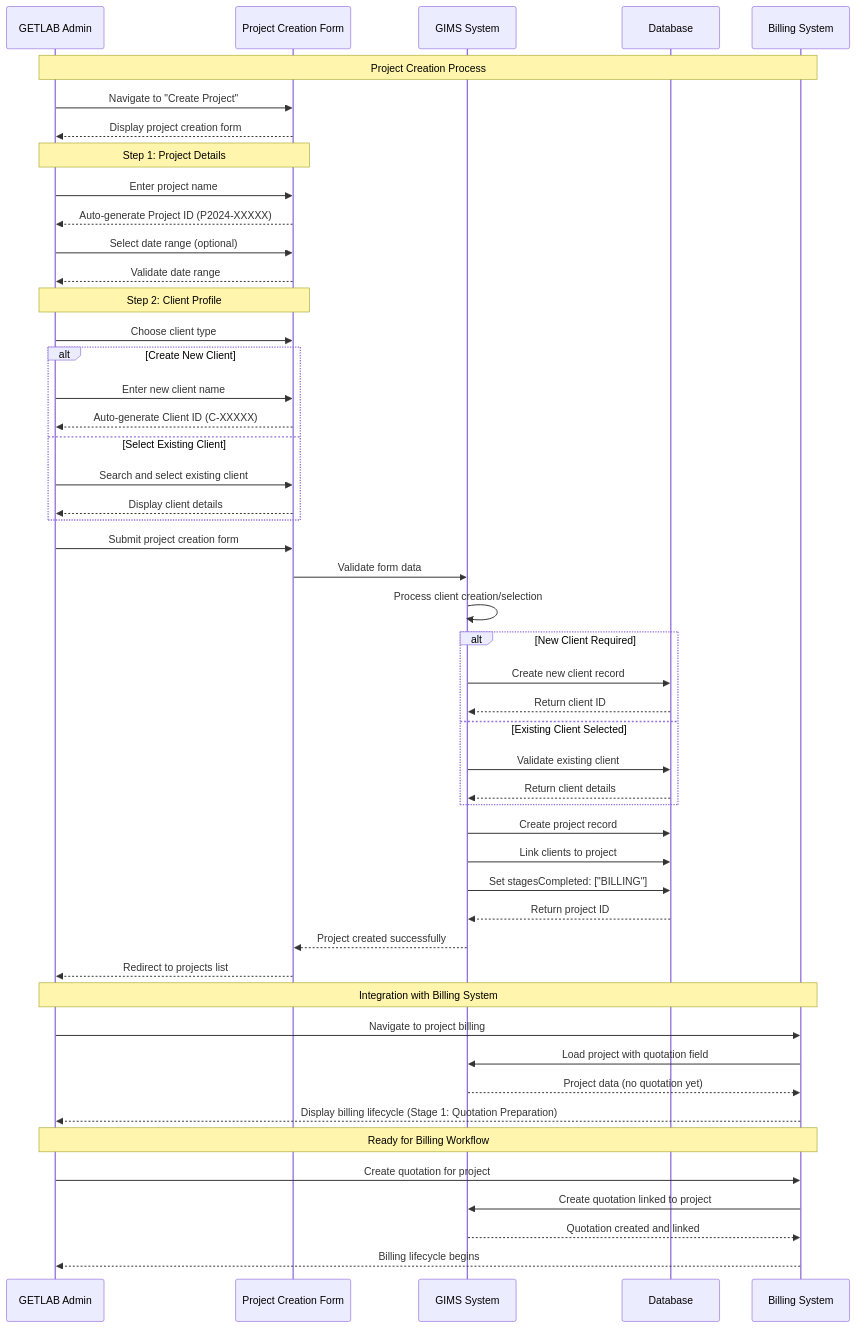
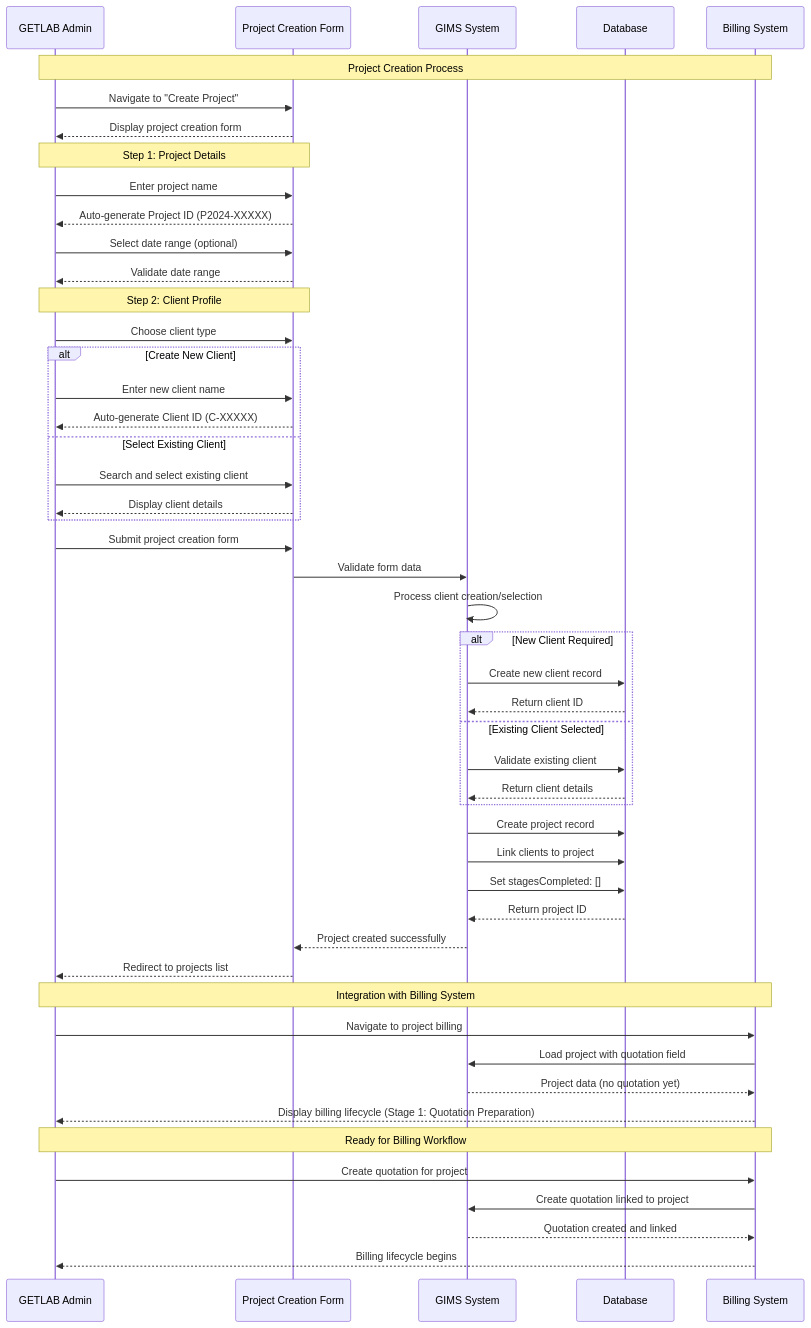
Before and after one commit to teenkevo/gims: the diagram in PROJECT_CREATION_DIAGRAM.md, drawn with Mermaid. The commit also changed other lines of this file and 2 other files, not shown here.

Commit message:
refactor: update stagesCompleted initialization to an empty array in project creation documentation and flowcharts for consistency

````diff
--- a/PROJECT_CREATION_DIAGRAM.md
+++ b/PROJECT_CREATION_DIAGRAM.md
@@ -11,61 +11,61 @@
 ```mermaid
 sequenceDiagram
     participant User as GETLAB Admin
     participant Form as Project Creation Form
     participant System as GIMS System
     participant DB as Database
     participant Billing as Billing System
 
     Note over User,Billing: Project Creation Process
 
     User->>Form: Navigate to "Create Project"
     Form-->>User: Display project creation form
 
     Note over User,Form: Step 1: Project Details
     User->>Form: Enter project name
     Form-->>User: Auto-generate Project ID (P2024-XXXXX)
     User->>Form: Select date range (optional)
     Form-->>User: Validate date range
 
     Note over User,Form: Step 2: Client Profile
     User->>Form: Choose client type
     alt Create New Client
         User->>Form: Enter new client name
         Form-->>User: Auto-generate Client ID (C-XXXXX)
     else Select Existing Client
         User->>Form: Search and select existing client
         Form-->>User: Display client details
     end
 
     User->>Form: Submit project creation form
     Form->>System: Validate form data
     System->>System: Process client creation/selection
 
     alt New Client Required
         System->>DB: Create new client record
         DB-->>System: Return client ID
     else Existing Client Selected
         System->>DB: Validate existing client
         DB-->>System: Return client details
     end
 
     System->>DB: Create project record
     System->>DB: Link clients to project
-    System->>DB: Set stagesCompleted: ["BILLING"]
+    System->>DB: Set stagesCompleted: []
     DB-->>System: Return project ID
 
     System-->>Form: Project created successfully
     Form-->>User: Redirect to projects list
 
     Note over User,Billing: Integration with Billing System
     User->>Billing: Navigate to project billing
     Billing->>System: Load project with quotation field
     System-->>Billing: Project data (no quotation yet)
     Billing-->>User: Display billing lifecycle (Stage 1: Quotation Preparation)
 
     Note over User,Billing: Ready for Billing Workflow
     User->>Billing: Create quotation for project
     Billing->>System: Create quotation linked to project
     System-->>Billing: Quotation created and linked
     Billing-->>User: Billing lifecycle begins
 ```
````
